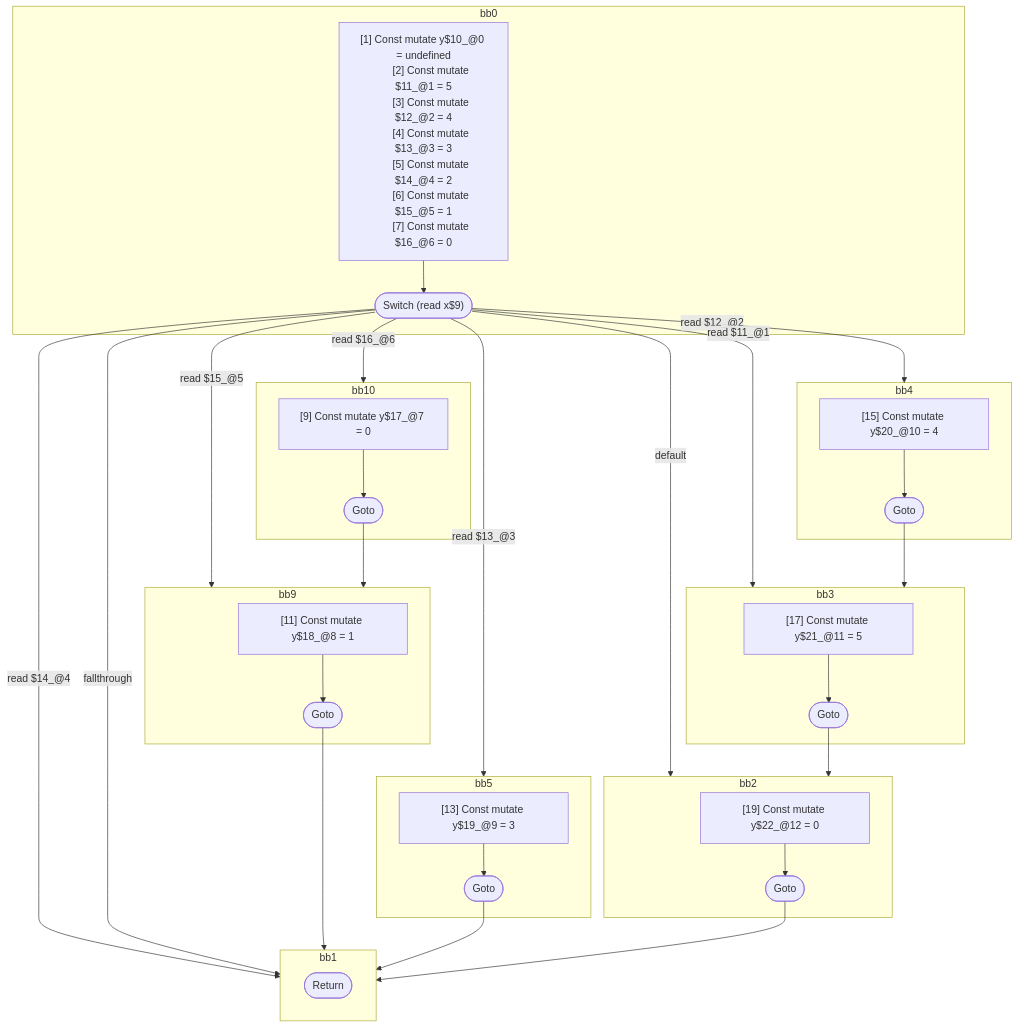
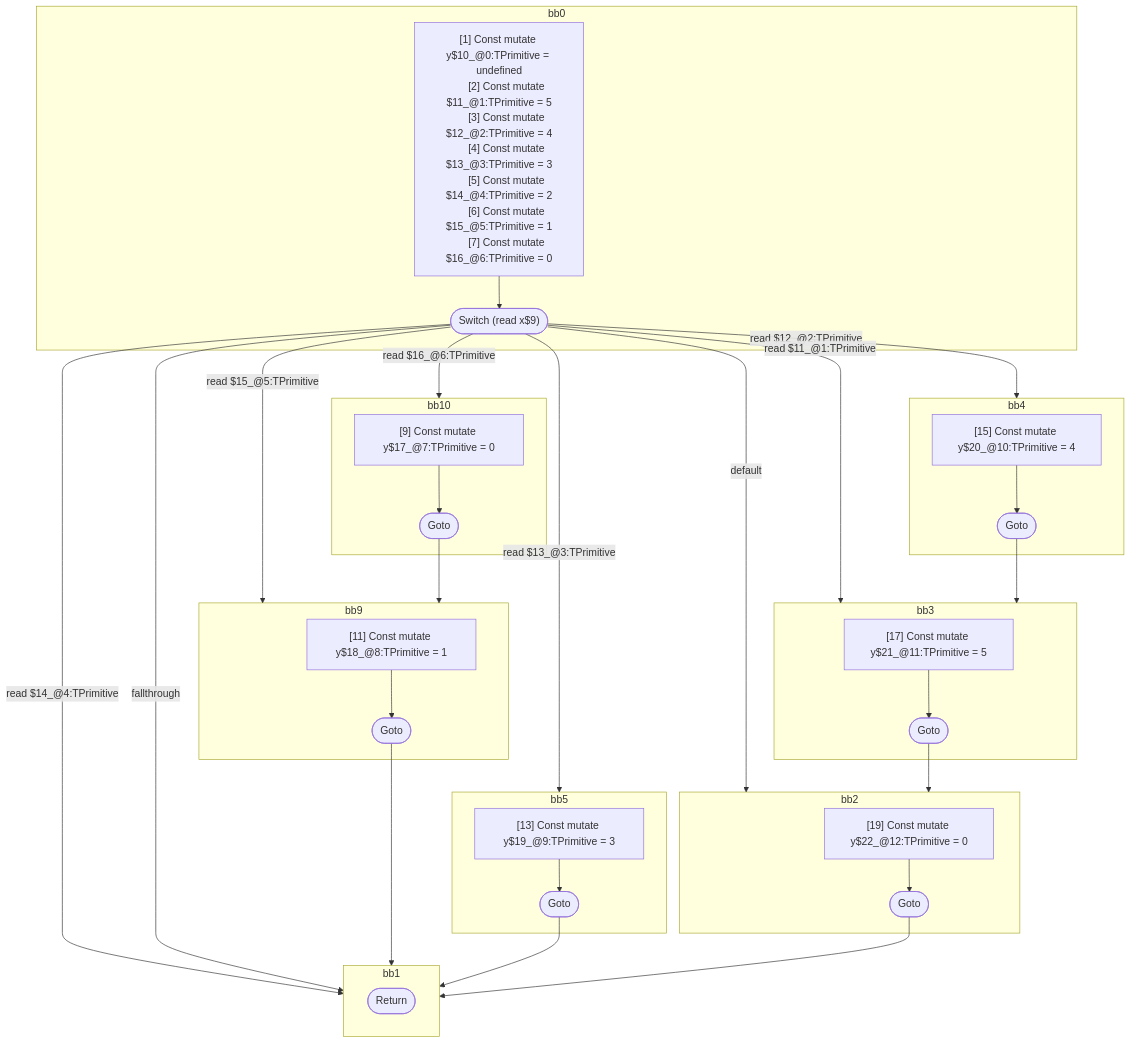
One commit to wutsmog/private changed the diagram in compiler/forget/src/__tests__/fixtures/hir/switch-with-fallthrough.expect.md. Above: the diagram before and after it, drawn with Mermaid. The commit also changed other lines of this file and 112 other files, not shown here.

````diff
--- a/compiler/forget/src/__tests__/fixtures/hir/switch-with-fallthrough.expect.md
+++ b/compiler/forget/src/__tests__/fixtures/hir/switch-with-fallthrough.expect.md
@@ -130,72 +130,72 @@
 ```mermaid
 flowchart TB
   %% Basic Blocks
   subgraph bb0
     bb0_instrs["
-      [1] Const mutate y$10_@0 = undefined
-      [2] Const mutate $11_@1 = 5
-      [3] Const mutate $12_@2 = 4
-      [4] Const mutate $13_@3 = 3
-      [5] Const mutate $14_@4 = 2
-      [6] Const mutate $15_@5 = 1
-      [7] Const mutate $16_@6 = 0
+      [1] Const mutate y$10_@0:TPrimitive = undefined
+      [2] Const mutate $11_@1:TPrimitive = 5
+      [3] Const mutate $12_@2:TPrimitive = 4
+      [4] Const mutate $13_@3:TPrimitive = 3
+      [5] Const mutate $14_@4:TPrimitive = 2
+      [6] Const mutate $15_@5:TPrimitive = 1
+      [7] Const mutate $16_@6:TPrimitive = 0
     "]
     bb0_instrs --> bb0_terminal(["Switch (read x$9)"])
   end
   subgraph bb10
     bb10_instrs["
-      [9] Const mutate y$17_@7 = 0
+      [9] Const mutate y$17_@7:TPrimitive = 0
     "]
     bb10_instrs --> bb10_terminal(["Goto"])
   end
   subgraph bb9
     bb9_instrs["
-      [11] Const mutate y$18_@8 = 1
+      [11] Const mutate y$18_@8:TPrimitive = 1
     "]
     bb9_instrs --> bb9_terminal(["Goto"])
   end
   subgraph bb5
     bb5_instrs["
-      [13] Const mutate y$19_@9 = 3
+      [13] Const mutate y$19_@9:TPrimitive = 3
     "]
     bb5_instrs --> bb5_terminal(["Goto"])
   end
   subgraph bb4
     bb4_instrs["
-      [15] Const mutate y$20_@10 = 4
+      [15] Const mutate y$20_@10:TPrimitive = 4
     "]
     bb4_instrs --> bb4_terminal(["Goto"])
   end
   subgraph bb3
     bb3_instrs["
-      [17] Const mutate y$21_@11 = 5
+      [17] Const mutate y$21_@11:TPrimitive = 5
     "]
     bb3_instrs --> bb3_terminal(["Goto"])
   end
   subgraph bb2
     bb2_instrs["
-      [19] Const mutate y$22_@12 = 0
+      [19] Const mutate y$22_@12:TPrimitive = 0
     "]
     bb2_instrs --> bb2_terminal(["Goto"])
   end
   subgraph bb1
     bb1_terminal(["Return"])
   end
 
   %% Jumps
-  bb0_terminal -- "read $16_@6" --> bb10
-  bb0_terminal -- "read $15_@5" --> bb9
-  bb0_terminal -- "read $14_@4" --> bb1
-  bb0_terminal -- "read $13_@3" --> bb5
-  bb0_terminal -- "read $12_@2" --> bb4
-  bb0_terminal -- "read $11_@1" --> bb3
+  bb0_terminal -- "read $16_@6:TPrimitive" --> bb10
+  bb0_terminal -- "read $15_@5:TPrimitive" --> bb9
+  bb0_terminal -- "read $14_@4:TPrimitive" --> bb1
+  bb0_terminal -- "read $13_@3:TPrimitive" --> bb5
+  bb0_terminal -- "read $12_@2:TPrimitive" --> bb4
+  bb0_terminal -- "read $11_@1:TPrimitive" --> bb3
   bb0_terminal -- "default" --> bb2
   bb0_terminal -- "fallthrough" --> bb1
   bb10_terminal --> bb9
   bb9_terminal --> bb1
   bb5_terminal --> bb1
   bb4_terminal --> bb3
   bb3_terminal --> bb2
   bb2_terminal --> bb1
 
 ```
````
